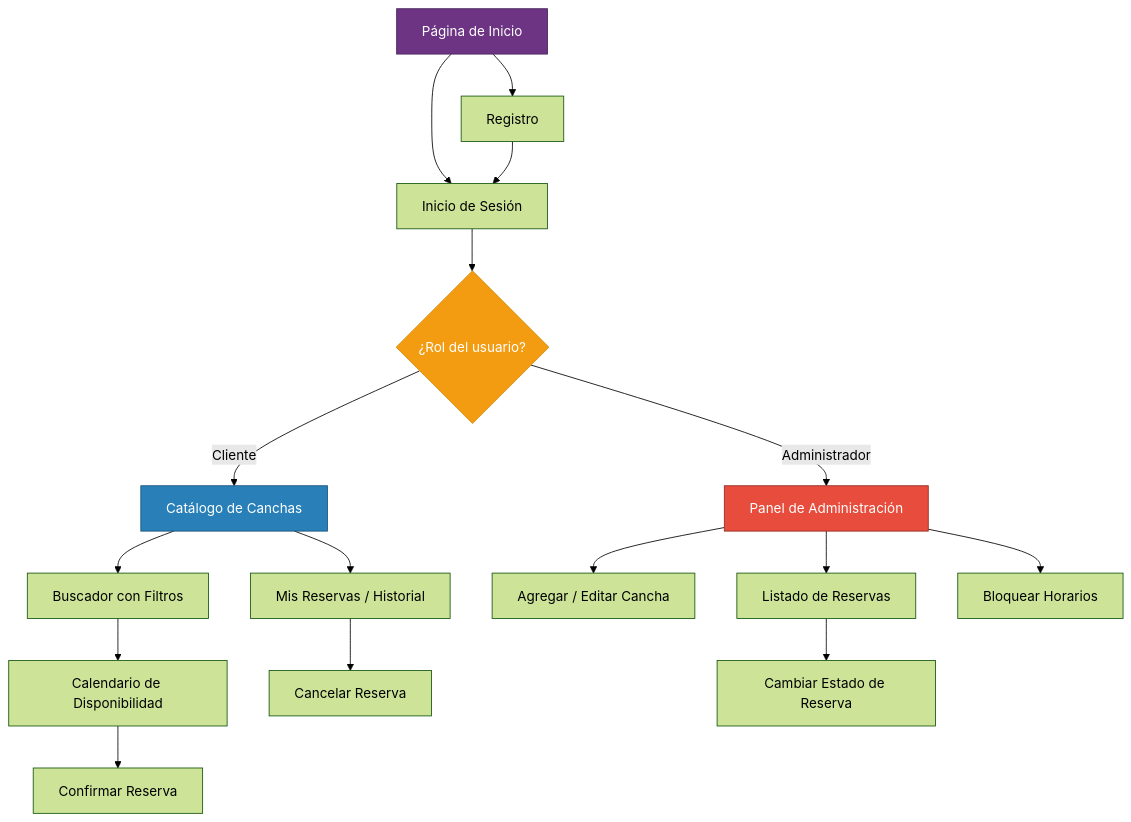
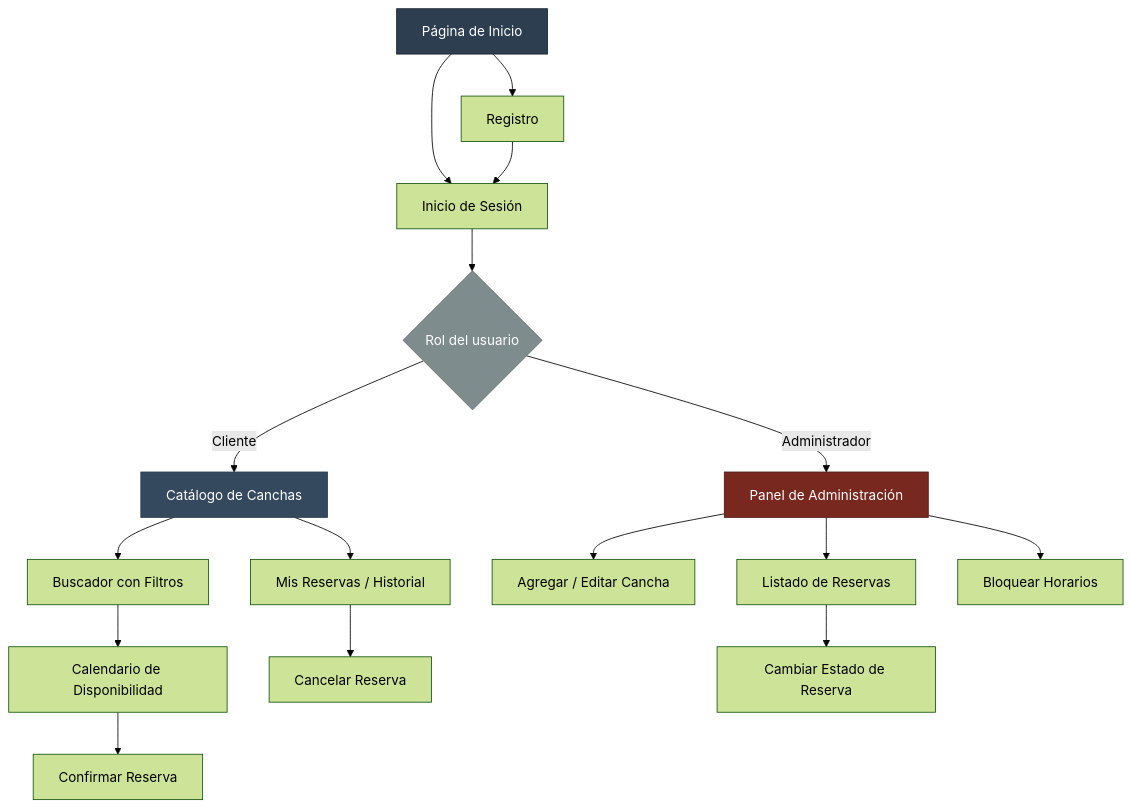
One commit to WalterJoel18/Sw-para-reserva-de-canchas-e-instalaciones-deportivas changed the third of 5 diagrams in README.md. Above: the diagram before and after it, drawn with Mermaid (forest theme). The commit also changed other lines of this file and 1 other file, not shown here.

````diff
--- a/README.md
+++ b/README.md
@@ -352,28 +373,28 @@
 ```mermaid
 flowchart TD
     A["Página de Inicio"] --> B["Registro"]
     A --> C["Inicio de Sesión"]
 
-    C --> D{"¿Rol del usuario?"}
+    C --> D{"Rol del usuario"}
 
     D -->|Cliente| E["Catálogo de Canchas"]
     D -->|Administrador| K["Panel de Administración"]
 
     E --> F["Buscador con Filtros"]
     F --> G["Calendario de Disponibilidad"]
     G --> H["Confirmar Reserva"]
     E --> I["Mis Reservas / Historial"]
     I --> J["Cancelar Reserva"]
 
     K --> L["Agregar / Editar Cancha"]
     K --> M["Listado de Reservas"]
     M --> N["Cambiar Estado de Reserva"]
     K --> O["Bloquear Horarios"]
 
     B --> C
 
-    style A fill:#6C3483,stroke:#4A235A,color:#fff
-    style D fill:#F39C12,stroke:#D68910,color:#fff
-    style E fill:#2980B9,stroke:#1A5276,color:#fff
-    style K fill:#E74C3C,stroke:#922B21,color:#fff
+    style A fill:#2C3E50,stroke:#1A252F,color:#fff
+    style D fill:#7F8C8D,stroke:#616A6B,color:#fff
+    style E fill:#34495E,stroke:#2C3E50,color:#fff
+    style K fill:#78281F,stroke:#511B15,color:#fff
 ```
````
